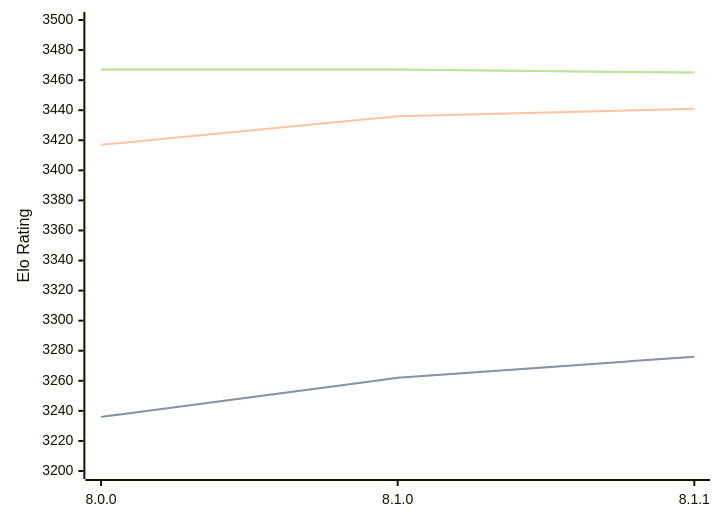
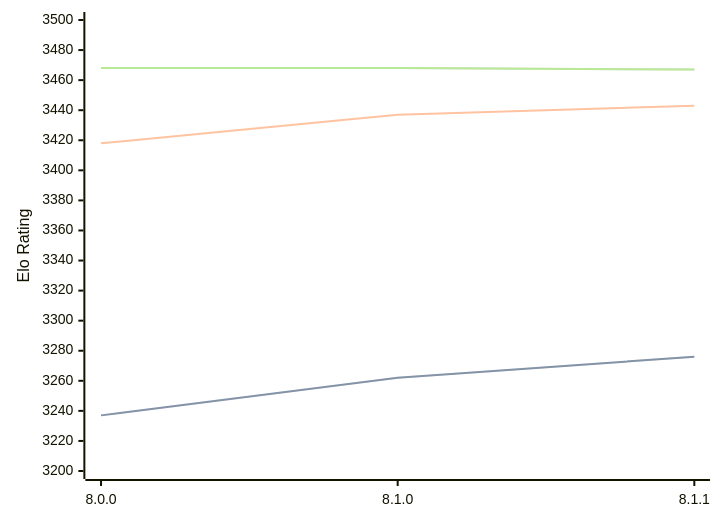
The diagram in engines/Velvet.md (computer-chess-index/cci), drawn with Mermaid before and after one commit. The commit also changed other lines of this file, not shown here.

Commit message:
Update CCI Ratings (ELO VLTC) - 2026-08-21

````diff
--- a/engines/Velvet.md
+++ b/engines/Velvet.md
@@ -33,11 +33,11 @@
 ```mermaid
 %%{init: {"theme":"base","themeVariables":{"seriesColors:['#a3a3a3','#222221','#faa371']}}}%%
 xychart-beta
   x-axis ["8.0.0", "8.1.0", "8.1.1"]
   y-axis "Elo Rating" 3200 --> 3500
-  line "STC (8.0+0.08s)" [3236, 3262, 3276]
-  line "STC (8.0+0.08s)" [3236, 3262, 3276]
-  line "LTC (60.0+0.60s)" [3417, 3436, 3441]
-  line "VLTC (2m24s+1.12s)" [3467, 3467, 3465]
-  line "VLTC (2m24s+1.12s)" [3467, 3467, 3465]
+  line "STC (8.0+0.08s)" [3237, 3262, 3276]
+  line "STC (8.0+0.08s)" [3237, 3262, 3276]
+  line "LTC (60.0+0.60s)" [3418, 3437, 3443]
+  line "VLTC (2m24s+1.12s)" [3468, 3468, 3467]
+  line "VLTC (2m24s+1.12s)" [3468, 3468, 3467]
 ```
````
